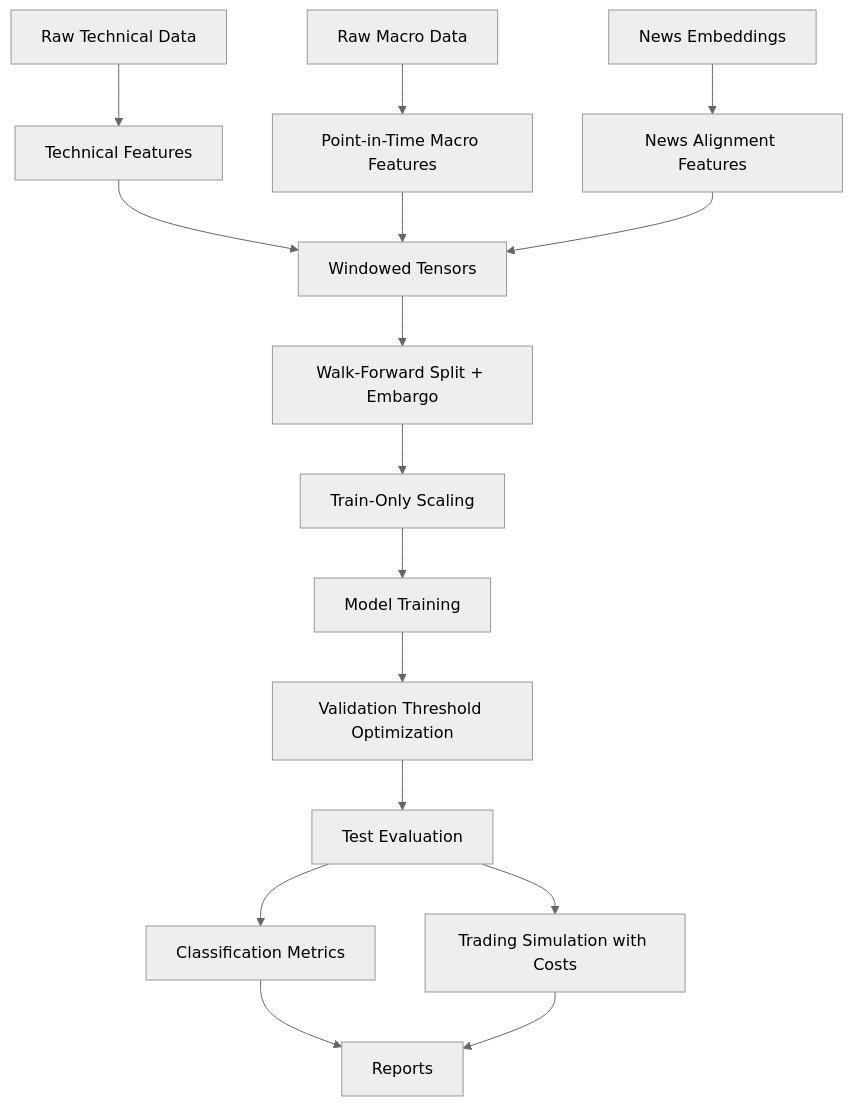
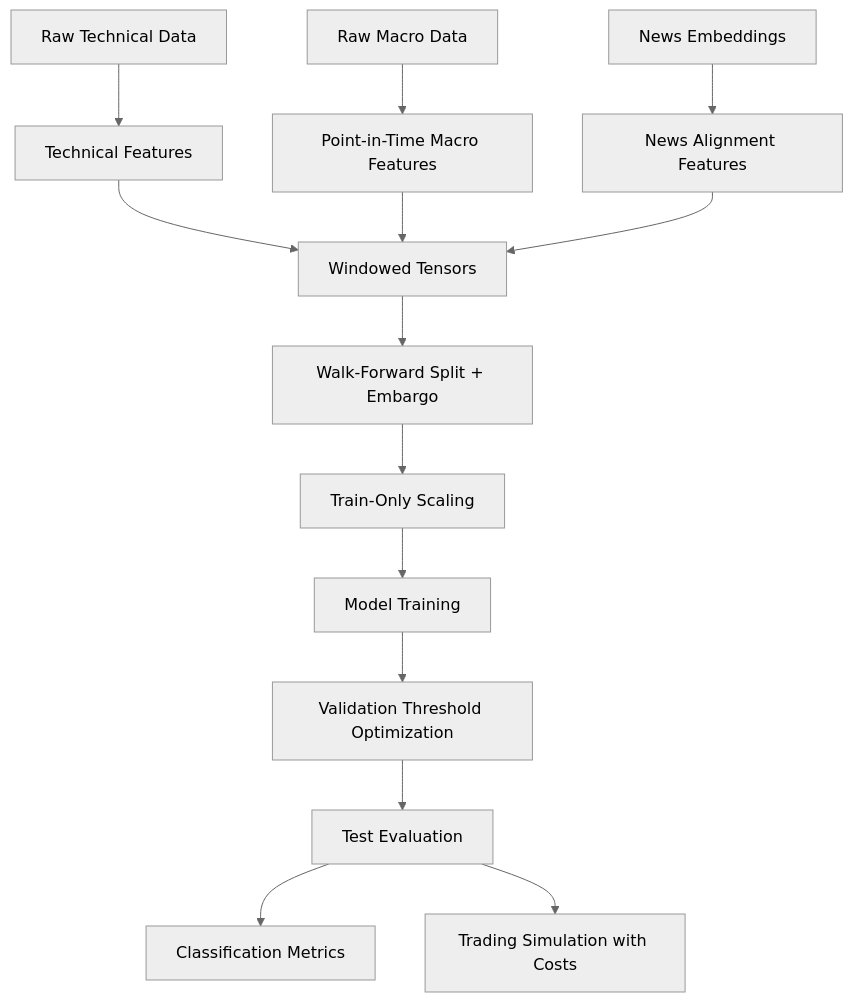
One commit to jwjooth/msdl-jci changed the diagram in README.md. Above: the diagram before and after it, drawn with Mermaid (neutral theme). The commit also changed other lines of this file and 10 other files, not shown here.

````diff
--- a/README.md
+++ b/README.md
@@ -36,18 +37,16 @@
 ```mermaid
 flowchart TD
   A[Raw Technical Data] --> B[Technical Features]
   C[Raw Macro Data] --> D[Point-in-Time Macro Features]
   E[News Embeddings] --> F[News Alignment Features]
   B --> G[Windowed Tensors]
   D --> G
   F --> G
   G --> H[Walk-Forward Split + Embargo]
   H --> I[Train-Only Scaling]
   I --> J[Model Training]
   J --> K[Validation Threshold Optimization]
   K --> L[Test Evaluation]
   L --> M[Classification Metrics]
   L --> N[Trading Simulation with Costs]
-  M --> O[Reports]
-  N --> O
 ```
````
